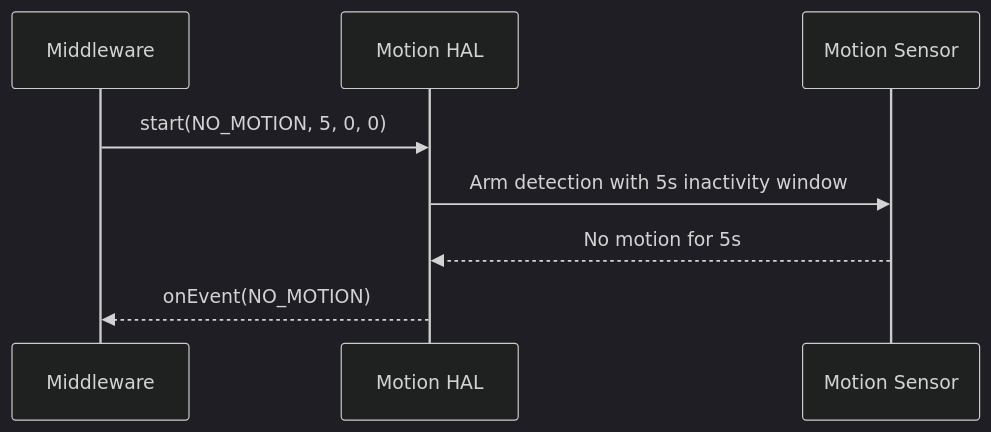
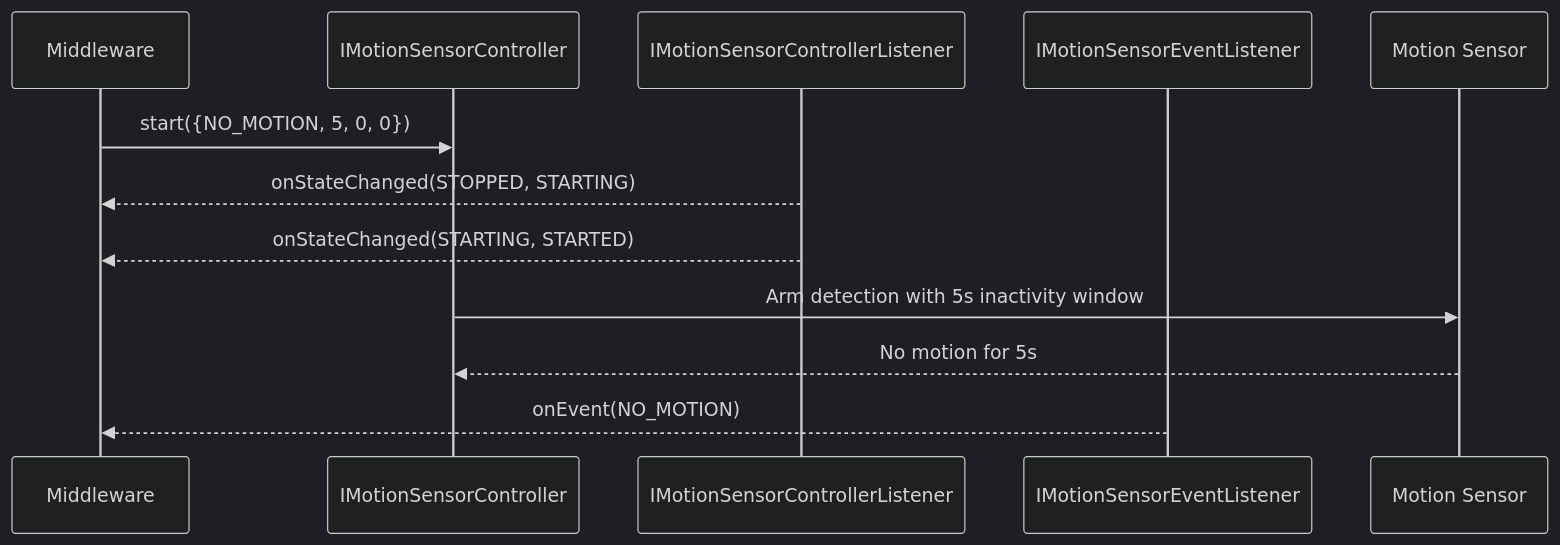
Before and after one commit to rdkcentral/rdk-halif-aidl: the third of 3 diagrams in docs/halif/sensor/current/motion/motion_sensor.md, drawn with Mermaid (dark theme). The commit also changed other lines of this file, not shown here.

First line of the commit message:
docs(motion_sensor): rewrite documentation for controller pattern (#427)

````diff
--- a/docs/halif/sensor/current/motion/motion_sensor.md
+++ b/docs/halif/sensor/current/motion/motion_sensor.md
@@ -236,11 +296,15 @@
 ```mermaid
 sequenceDiagram
     participant MW as Middleware
-    participant HAL as Motion HAL
-    participant Sensor as Motion Sensor
+    participant Ctrl as IMotionSensorController
+    participant CtrlL as IMotionSensorControllerListener
+    participant EvtL as IMotionSensorEventListener
+    participant HW as Motion Sensor
 
-    MW->>HAL: start(NO_MOTION, 5, 0, 0)
-    HAL->>Sensor: Arm detection with 5s inactivity window
-    Sensor-->>HAL: No motion for 5s
-    HAL-->>MW: onEvent(NO_MOTION)
+    MW->>Ctrl: start({NO_MOTION, 5, 0, 0})
+    CtrlL-->>MW: onStateChanged(STOPPED, STARTING)
+    CtrlL-->>MW: onStateChanged(STARTING, STARTED)
+    Ctrl->>HW: Arm detection with 5s inactivity window
+    HW-->>Ctrl: No motion for 5s
+    EvtL-->>MW: onEvent(NO_MOTION)
 ```
````
